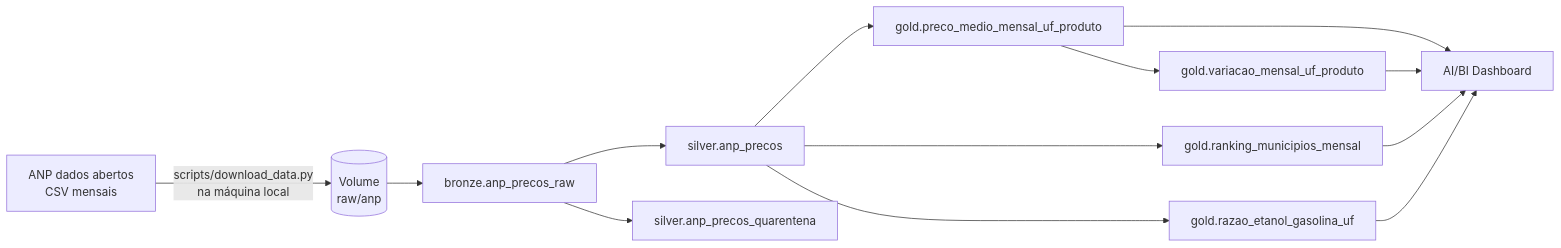
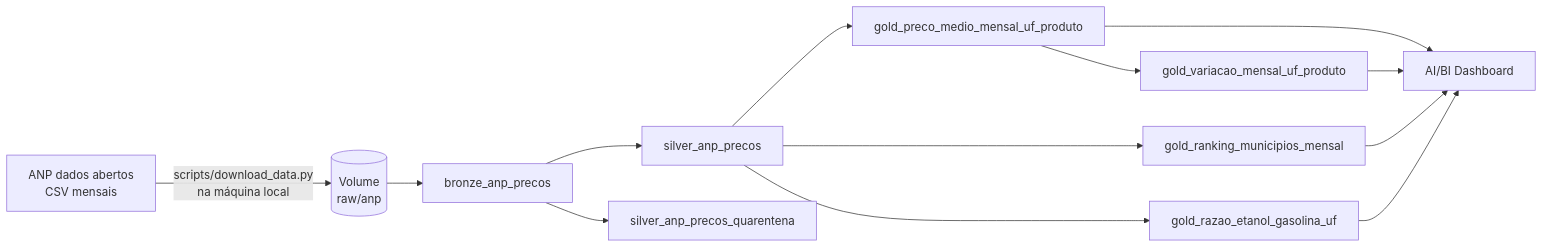
The diagram in .kiro/specs/anp-medallion/design.md (JFcamp/anp-combustiveis-databricks), drawn with Mermaid before and after one commit. The commit also changed other lines of this file and 3 other files, not shown here.

Commit message:
feat(gold): add monthly average, MoM variation, city ranking and ethanol ratio tables

````diff
--- a/.kiro/specs/anp-medallion/design.md
+++ b/.kiro/specs/anp-medallion/design.md
@@ -5,12 +5,12 @@
 ```mermaid
 flowchart LR
   A[ANP dados abertos<br/>CSV mensais] -->|scripts/download_data.py<br/>na máquina local| B[(Volume<br/>raw/anp)]
-  B --> C[bronze.anp_precos_raw]
-  C --> D[silver.anp_precos]
-  C --> Q[silver.anp_precos_quarentena]
-  D --> G1[gold.preco_medio_mensal_uf_produto]
-  G1 --> G2[gold.variacao_mensal_uf_produto]
-  D --> G3[gold.ranking_municipios_mensal]
-  D --> G4[gold.razao_etanol_gasolina_uf]
+  B --> C[bronze_anp_precos]
+  C --> D[silver_anp_precos]
+  C --> Q[silver_anp_precos_quarentena]
+  D --> G1[gold_preco_medio_mensal_uf_produto]
+  G1 --> G2[gold_variacao_mensal_uf_produto]
+  D --> G3[gold_ranking_municipios_mensal]
+  D --> G4[gold_razao_etanol_gasolina_uf]
   G1 & G2 & G3 & G4 --> H[AI/BI Dashboard]
 ```
````
